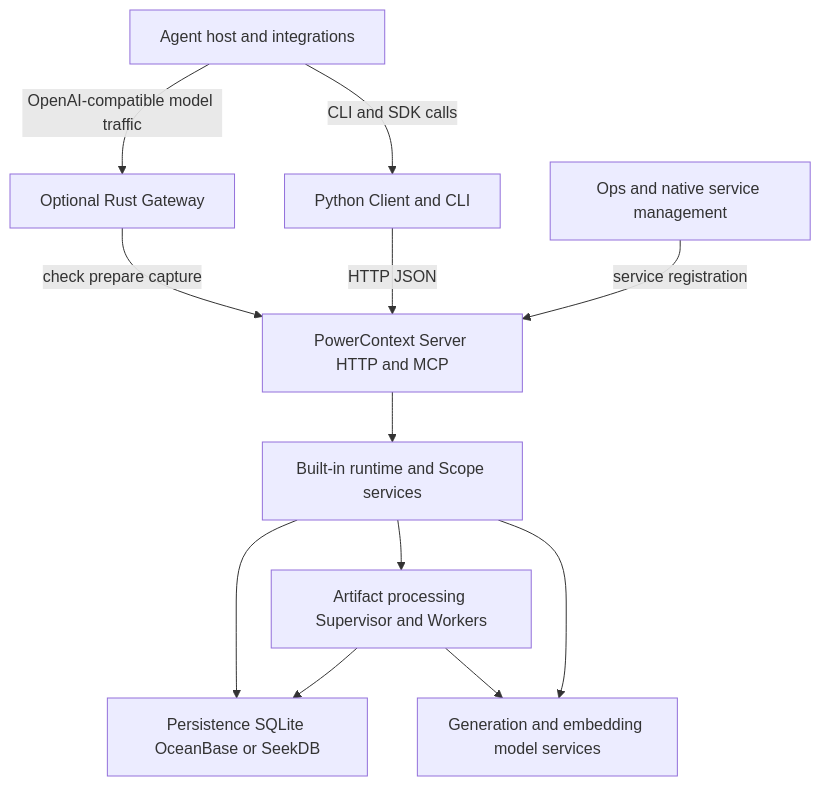
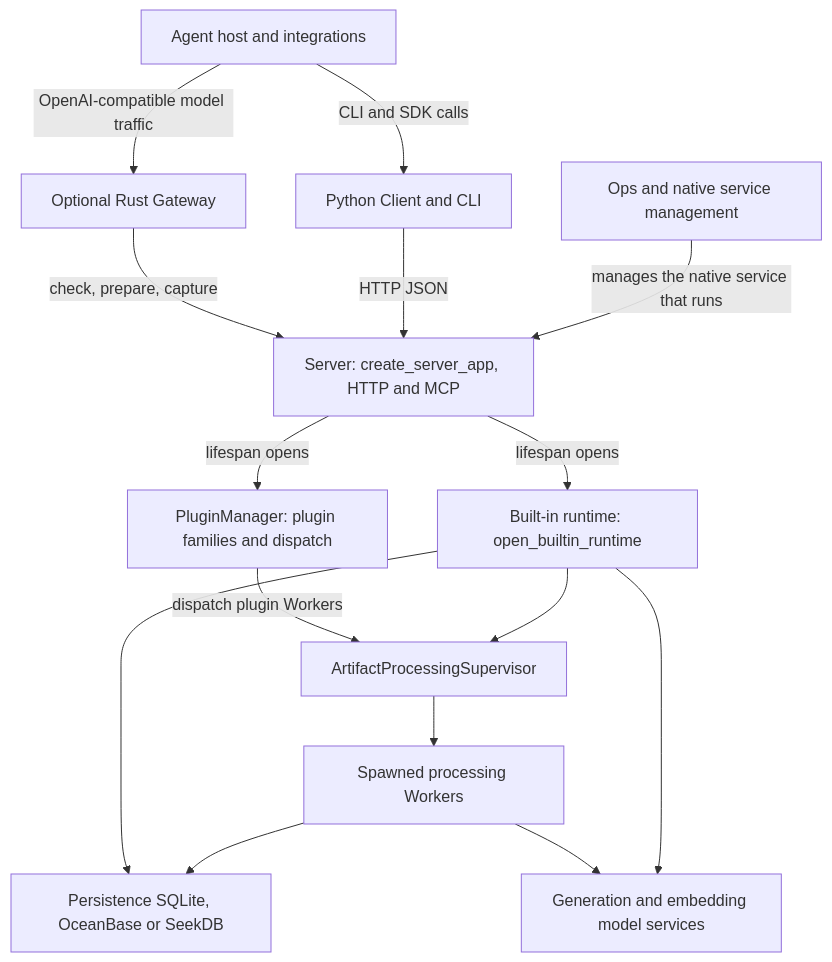
The diagram in openwiki/architecture/system-overview.md (vieGPT/powercontext-enigma-agent-memory), drawn with Mermaid before and after one commit. The commit also changed other lines of this file and 69 other files, not shown here.

````diff
--- a/openwiki/architecture/system-overview.md
+++ b/openwiki/architecture/system-overview.md
@@ -88,23 +90,28 @@
 ```mermaid
 flowchart TD
   Host["Agent host and integrations"]
   Gateway["Optional Rust Gateway"]
   Client["Python Client and CLI"]
-  Server["PowerContext Server HTTP and MCP"]
-  Runtime["Built-in runtime and Scope services"]
-  Workers["Artifact processing Supervisor and Workers"]
-  Store["Persistence SQLite OceanBase or SeekDB"]
+  Server["Server: create_server_app, HTTP and MCP"]
+  Plugins["PluginManager: plugin families and dispatch"]
+  Runtime["Built-in runtime: open_builtin_runtime"]
+  Supervisor["ArtifactProcessingSupervisor"]
+  Workers["Spawned processing Workers"]
+  Store["Persistence SQLite, OceanBase or SeekDB"]
   Models["Generation and embedding model services"]
   Ops["Ops and native service management"]
   Host -- "CLI and SDK calls" --> Client
   Host -- "OpenAI-compatible model traffic" --> Gateway
-  Gateway -- "check prepare capture" --> Server
+  Gateway -- "check, prepare, capture" --> Server
   Client -- "HTTP JSON" --> Server
-  Server --> Runtime
+  Server -- "lifespan opens" --> Runtime
+  Server -- "lifespan opens" --> Plugins
+  Plugins -- "dispatch plugin Workers" --> Supervisor
   Runtime --> Store
-  Runtime --> Workers
+  Runtime --> Supervisor
+  Supervisor --> Workers
   Workers --> Store
   Workers --> Models
   Runtime --> Models
-  Ops -- "service registration" --> Server
+  Ops -- "manages the native service that runs" --> Server
 ```
````
